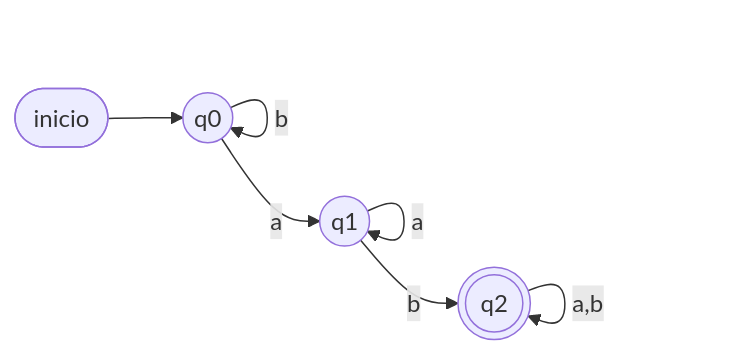
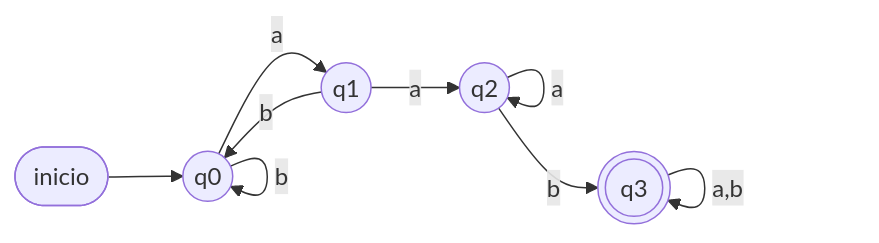
The first of 3 diagrams in prueba/solucionario.md (yhwachoo/Grafos), drawn with Mermaid before and after one commit. The commit also changed other lines of this file and 8 other files, not shown here.

````diff
--- a/prueba/solucionario.md
+++ b/prueba/solucionario.md
@@ -68,12 +22,15 @@
 ```mermaid
 graph LR
     ini([inicio]) --> q0
     q0((q0))
     q1((q1))
-    q2(((q2)))
+    q2((q2))
+    q3(((q3)))
     q0 -->|a| q1
     q0 -->|b| q0
-    q1 -->|a| q1
-    q1 -->|b| q2
-    q2 -->|a,b| q2
+    q1 -->|a| q2
+    q1 -->|b| q0
+    q2 -->|a| q2
+    q2 -->|b| q3
+    q3 -->|a,b| q3
 ```
````
